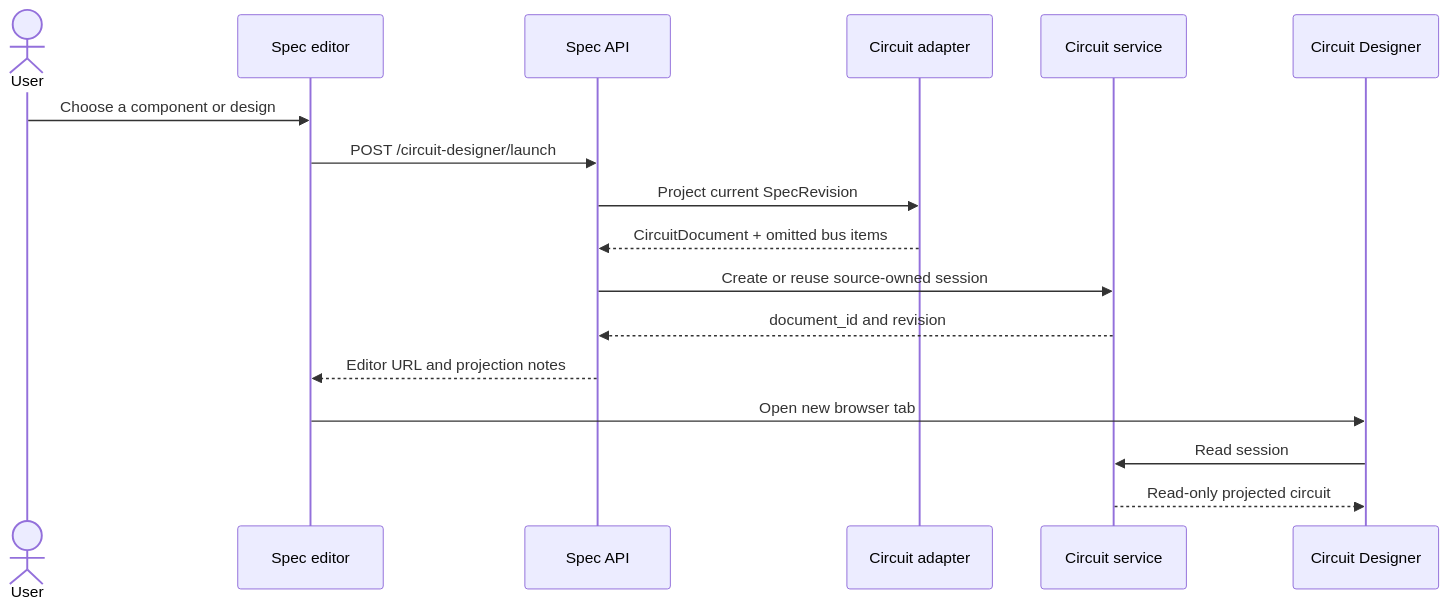
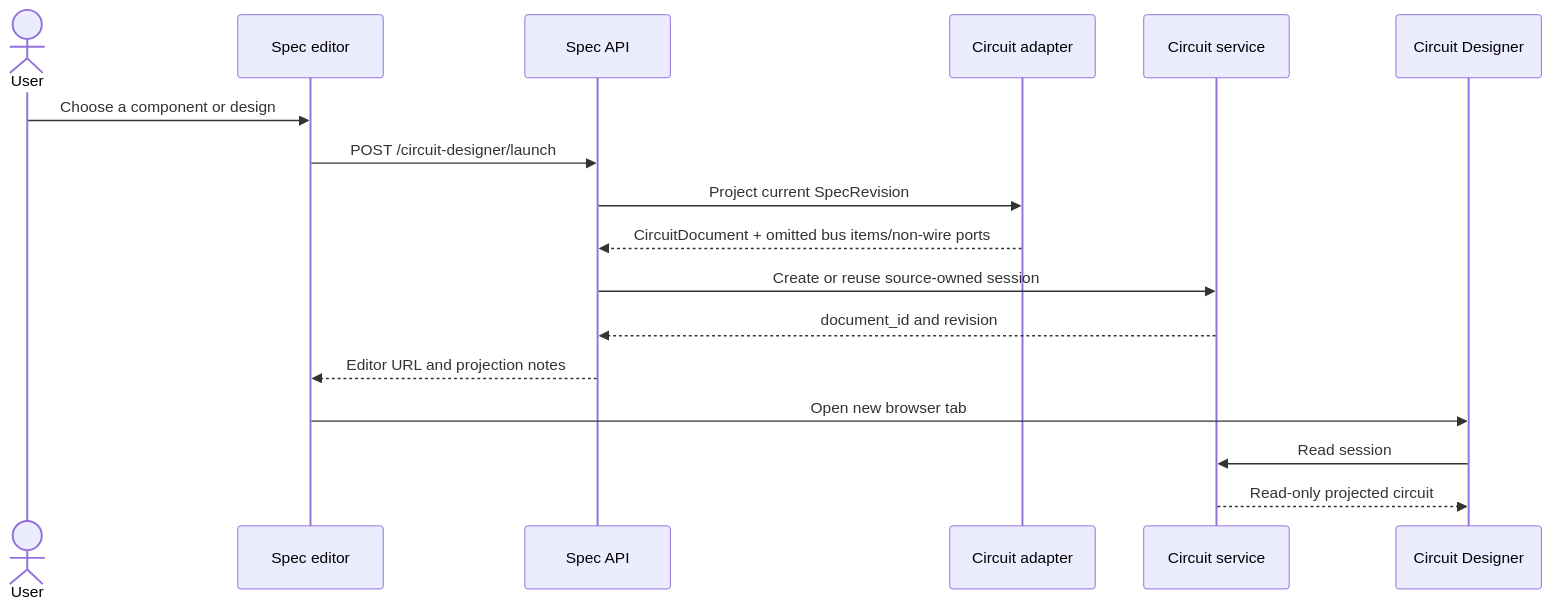
Before and after one commit to ankdesh/spec2gds: the second of 5 diagrams in docs/flows.md, drawn with Mermaid. The commit also changed other lines of this file and 28 other files, not shown here.

````diff
--- a/docs/flows.md
+++ b/docs/flows.md
@@ -48,20 +52,20 @@
 ```mermaid
 sequenceDiagram
     actor User
     participant SE as Spec editor
     participant SA as Spec API
     participant CA as Circuit adapter
     participant CS as Circuit service
     participant CD as Circuit Designer
 
     User->>SE: Choose a component or design
     SE->>SA: POST /circuit-designer/launch
     SA->>CA: Project current SpecRevision
-    CA-->>SA: CircuitDocument + omitted bus items
+    CA-->>SA: CircuitDocument + omitted bus items/non-wire ports
     SA->>CS: Create or reuse source-owned session
     CS-->>SA: document_id and revision
     SA-->>SE: Editor URL and projection notes
     SE->>CD: Open new browser tab
     CD->>CS: Read session
     CS-->>CD: Read-only projected circuit
 ```
````
